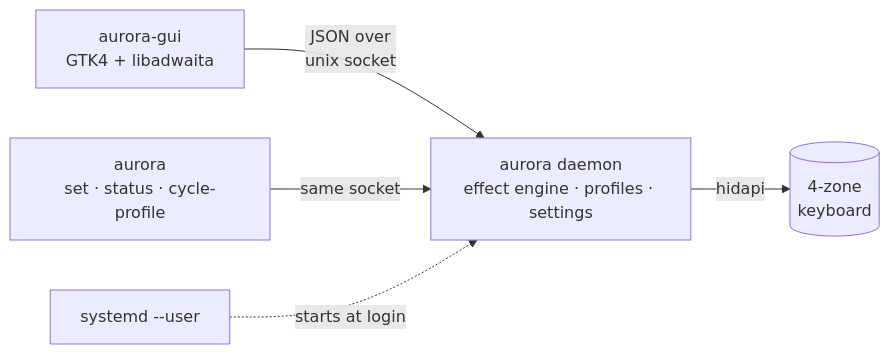
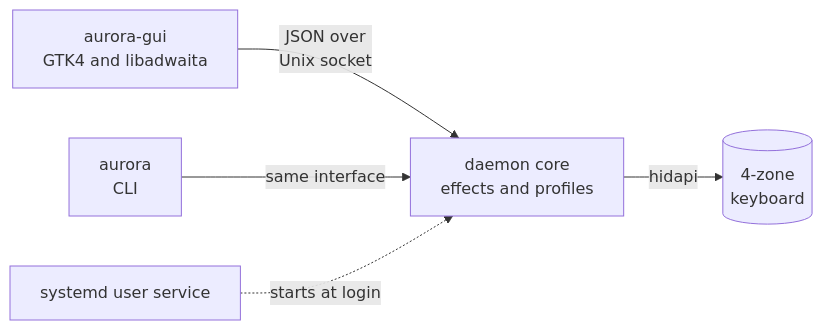
The diagram in README.md (HughScott2002/Aurora-Legion), drawn with Mermaid before and after one commit. The commit also changed other lines of this file and 2 other files, not shown here.

````diff
--- a/README.md
+++ b/README.md
@@ -111,7 +81,7 @@
 ```mermaid
 graph LR
-    GUI["aurora-gui<br/>GTK4 + libadwaita"] -- "JSON over<br/>unix socket" --> D
-    CLI["aurora<br/>set · status · cycle-profile"] -- "same socket" --> D
-    D["aurora daemon<br/>effect engine · profiles · settings"] -- hidapi --> KB[("4-zone<br/>keyboard")]
-    SD["systemd --user"] -. "starts at login" .-> D
+    GUI["aurora-gui<br/>GTK4 and libadwaita"] -- "JSON over<br/>Unix socket" --> D
+    CLI["aurora<br/>CLI"] -- "same interface" --> D
+    D["daemon core<br/>effects and profiles"] -- hidapi --> KB[("4-zone<br/>keyboard")]
+    SD["systemd user service"] -. "starts at login" .-> D
 ```
````
